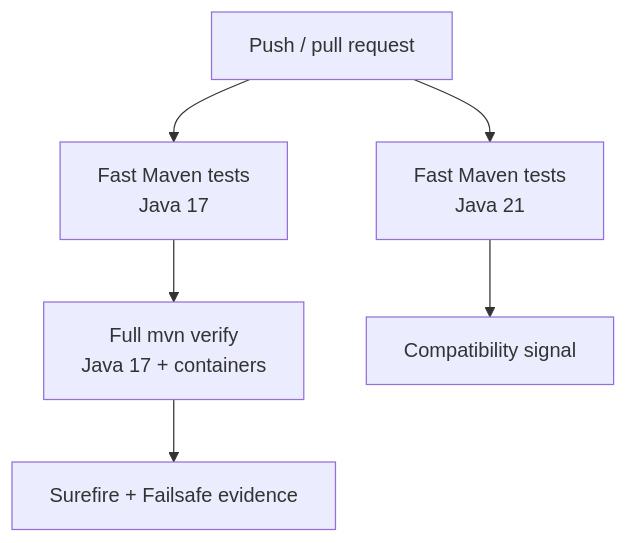
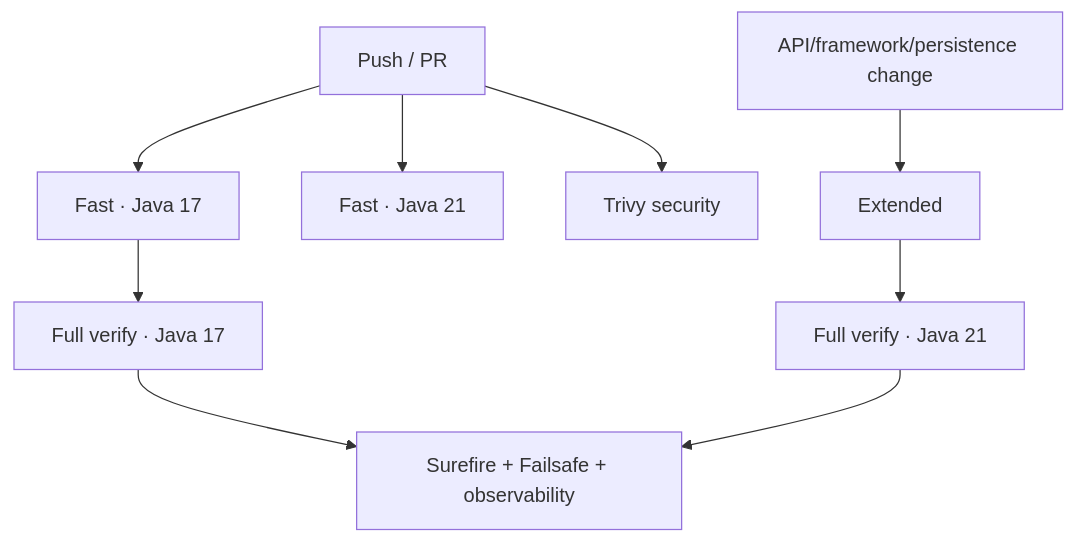
Before and after one commit to portyu9/qa-automation-java-restassured: the second of 2 diagrams in README.md, drawn with Mermaid. The commit also changed other lines of this file and 4 other files, not shown here.

````diff
--- a/README.md
+++ b/README.md
@@ -187,11 +251,11 @@
 ```mermaid
 flowchart TD
-    PR[Push / pull request] --> J17[Fast Maven tests
-Java 17]
-    PR --> J21[Fast Maven tests
-Java 21]
-    J17 --> INT[Full mvn verify
-Java 17 + containers]
-    J21 --> DONE[Compatibility signal]
-    INT --> ART[Surefire + Failsafe evidence]
+    PR[Push / PR] --> J17[Fast · Java 17]
+    PR --> J21[Fast · Java 21]
+    J17 --> FULL17[Full verify · Java 17]
+    PR --> SEC[Trivy security]
+    CODECHANGE[API/framework/persistence change] --> EXT[Extended]
+    EXT --> FULL21[Full verify · Java 21]
+    FULL17 --> EV[Surefire + Failsafe + observability]
+    FULL21 --> EV
 ```
````
